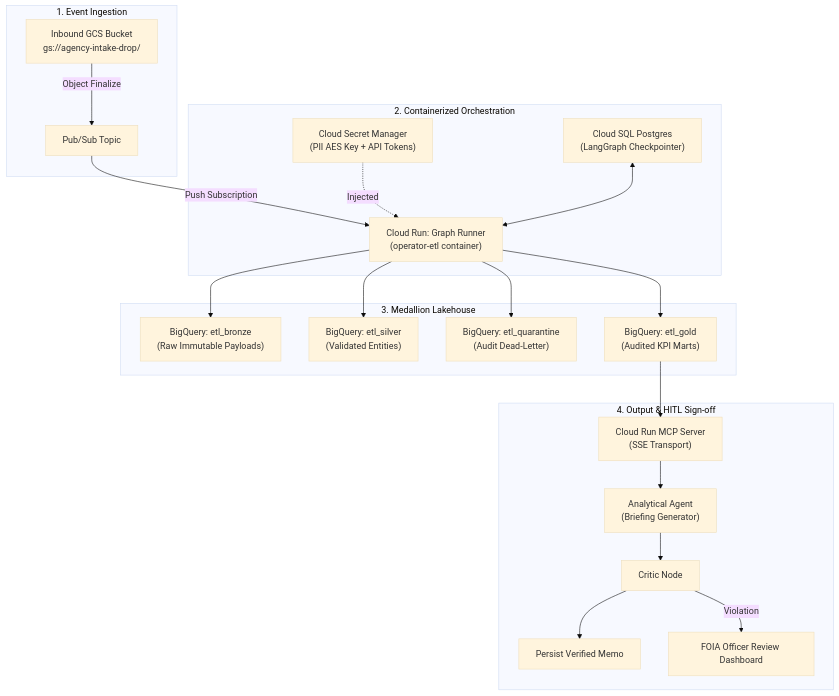
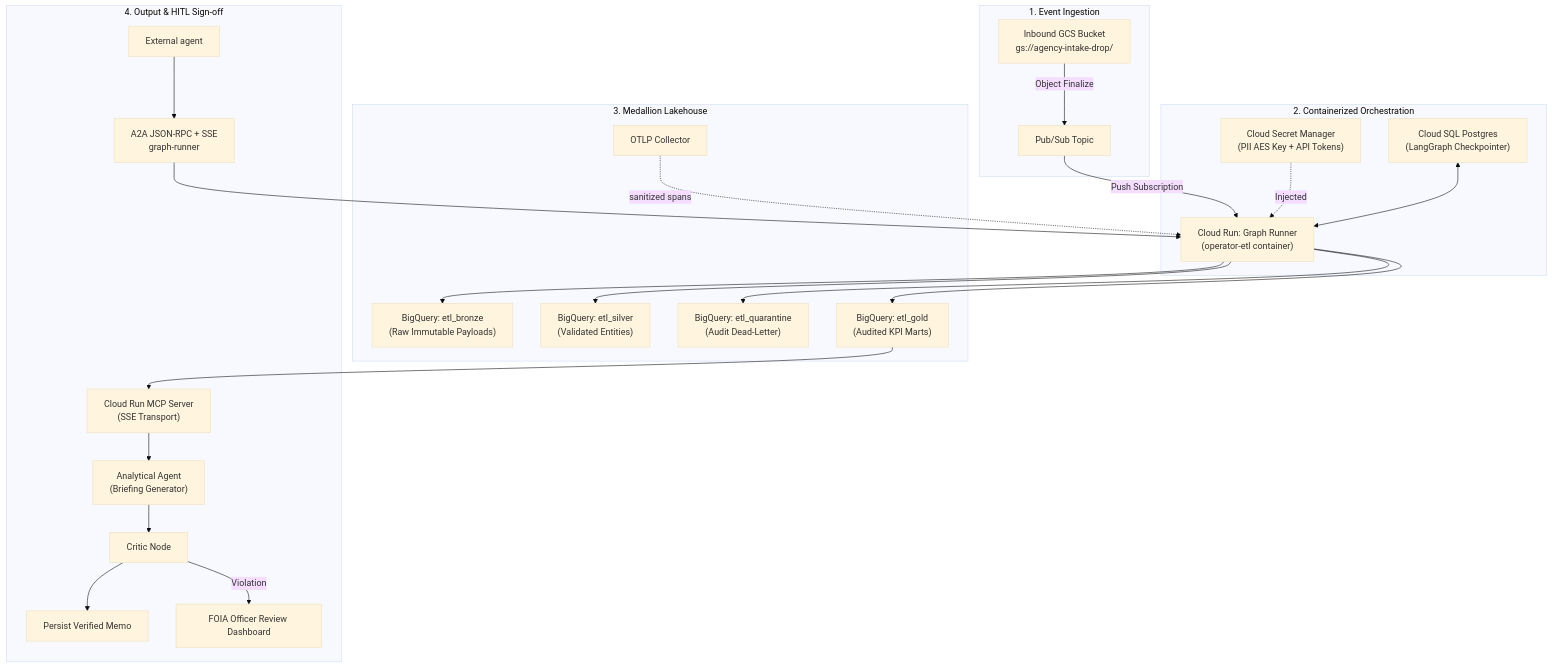
One commit to khaosans/operator-etl changed the third of 5 diagrams in docs/HOW-IT-WORKS.md. Above: the diagram before and after it, drawn with Mermaid (base theme). The commit also changed other lines of this file and 23 other files, not shown here.

````diff
--- a/docs/HOW-IT-WORKS.md
+++ b/docs/HOW-IT-WORKS.md
@@ -130,27 +137,30 @@
 ```mermaid
 flowchart TD
     subgraph Intake [1. Event Ingestion]
         GCS["Inbound GCS Bucket<br/>gs://agency-intake-drop/"] -->|"Object Finalize"| PS["Pub/Sub Topic"]
     end
 
     subgraph Compute [2. Containerized Orchestration]
         PS -->|"Push Subscription"| CR["Cloud Run: Graph Runner<br/>(operator-etl container)"]
         SM["Cloud Secret Manager<br/>(PII AES Key + API Tokens)"] -.->|Injected| CR
         SQL["Cloud SQL Postgres<br/>(LangGraph Checkpointer)"] <--> CR
     end
 
     subgraph Storage [3. Medallion Lakehouse]
         CR --> BQ_B["BigQuery: etl_bronze<br/>(Raw Immutable Payloads)"]
         CR --> BQ_S["BigQuery: etl_silver<br/>(Validated Entities)"]
         CR --> BQ_Q["BigQuery: etl_quarantine<br/>(Audit Dead-Letter)"]
         CR --> BQ_G["BigQuery: etl_gold<br/>(Audited KPI Marts)"]
+        OTEL["OTLP Collector"] -.->|sanitized spans| CR
     end
 
     subgraph Governance [4. Output & HITL Sign-off]
         BQ_G --> MCP["Cloud Run MCP Server<br/>(SSE Transport)"]
+        AgentClient["External agent"] --> A2A["A2A JSON-RPC + SSE<br/>graph-runner"]
+        A2A --> CR
         MCP --> Agent["Analytical Agent<br/>(Briefing Generator)"]
         Agent --> Critic["Critic Node"]
         Critic --> Persist["Persist Verified Memo"]
         Critic -->|"Violation"| Officer["FOIA Officer Review Dashboard"]
     end
 ```
````
